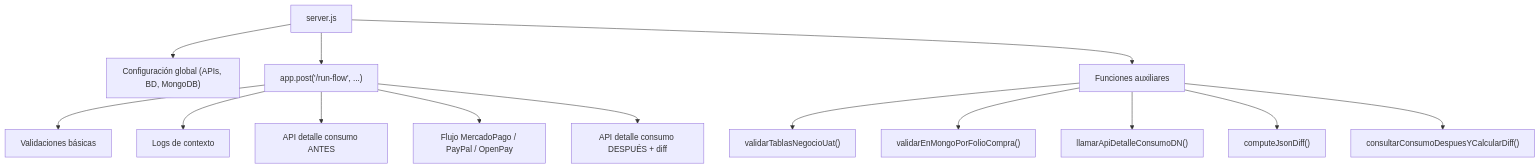
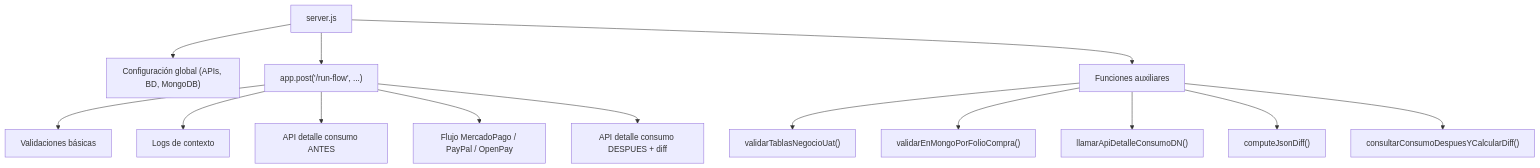
The third of 8 diagrams in docTecnico.md (EdgarViOl/QA_Diri), drawn with Mermaid before and after one commit. The commit also changed other lines of this file and 1 other file, not shown here.

Commit message:
Fix a los diagramas

````diff
--- a/docTecnico.md
+++ b/docTecnico.md
@@ -94,17 +94,17 @@
 ```mermaid
 flowchart TB
    Server["server.js"]
    Server --> Config["Configuración global (APIs, BD, MongoDB)"]
    Server --> Endpoint["app.post('/run-flow', ...)"]
    Endpoint --> Validaciones["Validaciones básicas"]
    Endpoint --> Logs["Logs de contexto"]
    Endpoint --> ConsumoANTES2["API detalle consumo ANTES"]
    Endpoint --> Flujos["Flujo MercadoPago / PayPal / OpenPay"]
-   Endpoint --> ConsumoDESPUES2["API detalle consumo DESPUÉS + diff"]
+   Endpoint --> ConsumoDESPUES2["API detalle consumo DESPUES + diff"]
    Server --> Aux["Funciones auxiliares"]
    Aux --> validar["validarTablasNegocioUat()"]
    Aux --> validarMongo["validarEnMongoPorFolioCompra()"]
    Aux --> llamar["llamarApiDetalleConsumoDN()"]
    Aux --> diff["computeJsonDiff()"]
    Aux --> consultar["consultarConsumoDespuesYCalcularDiff()"]
 ```
````
